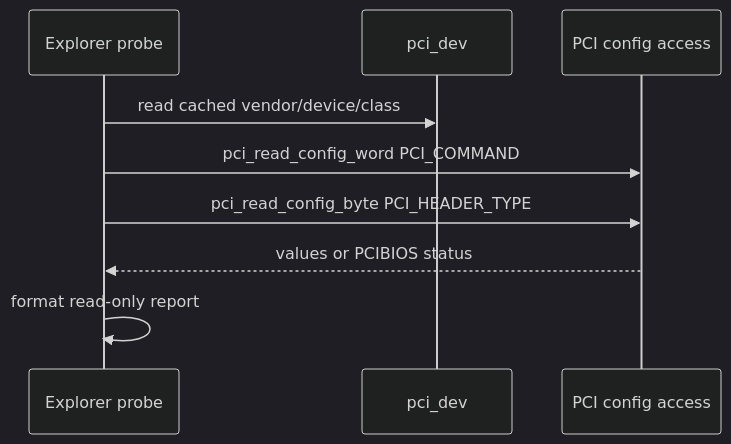
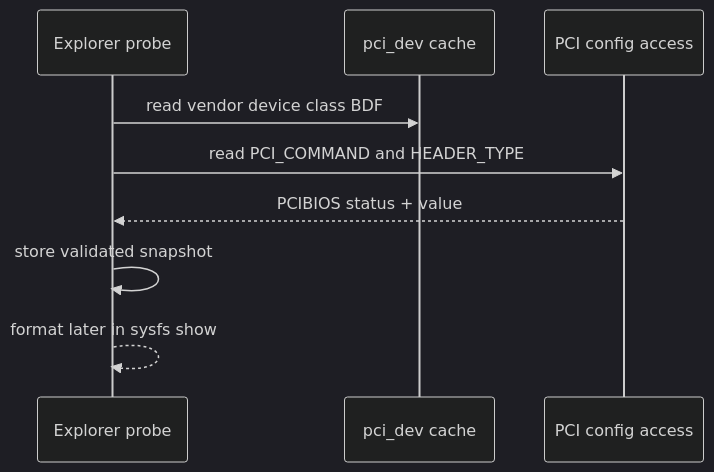
One commit to cdragon-ljl/EEandEdgeAI changed the second of 2 diagrams in docs/articles/pcie/pci-06-pci-explorer-capability-bar-sysfs.md. Above: the diagram before and after it, drawn with Mermaid (dark theme). The commit also changed other lines of this file and 3 other files, not shown here.

````diff
--- a/docs/articles/pcie/pci-06-pci-explorer-capability-bar-sysfs.md
+++ b/docs/articles/pcie/pci-06-pci-explorer-capability-bar-sysfs.md
@@ -99,11 +114,11 @@
 ```mermaid
 sequenceDiagram
-    participant E as Explorer probe
-    participant P as pci_dev
-    participant C as PCI config access
-    E->>P: read cached vendor/device/class
-    E->>C: pci_read_config_word PCI_COMMAND
-    E->>C: pci_read_config_byte PCI_HEADER_TYPE
-    C-->>E: values or PCIBIOS status
-    E->>E: format read-only report
+    participant PROBE as Explorer probe
+    participant PDEV as pci_dev cache
+    participant CFG as PCI config access
+    PROBE->>PDEV: read vendor device class BDF
+    PROBE->>CFG: read PCI_COMMAND and HEADER_TYPE
+    CFG-->>PROBE: PCIBIOS status + value
+    PROBE->>PROBE: store validated snapshot
+    PROBE-->>PROBE: format later in sysfs show
 ```
````
